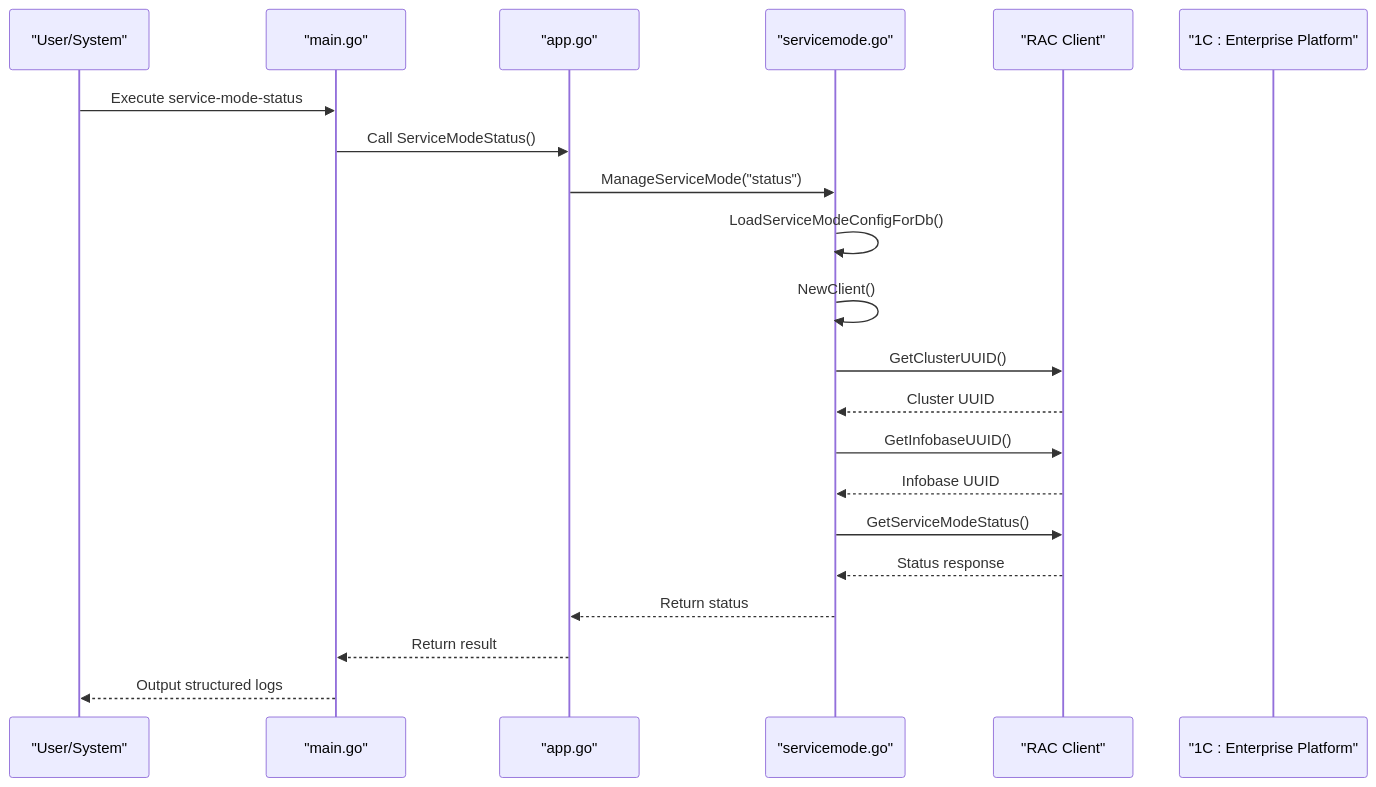
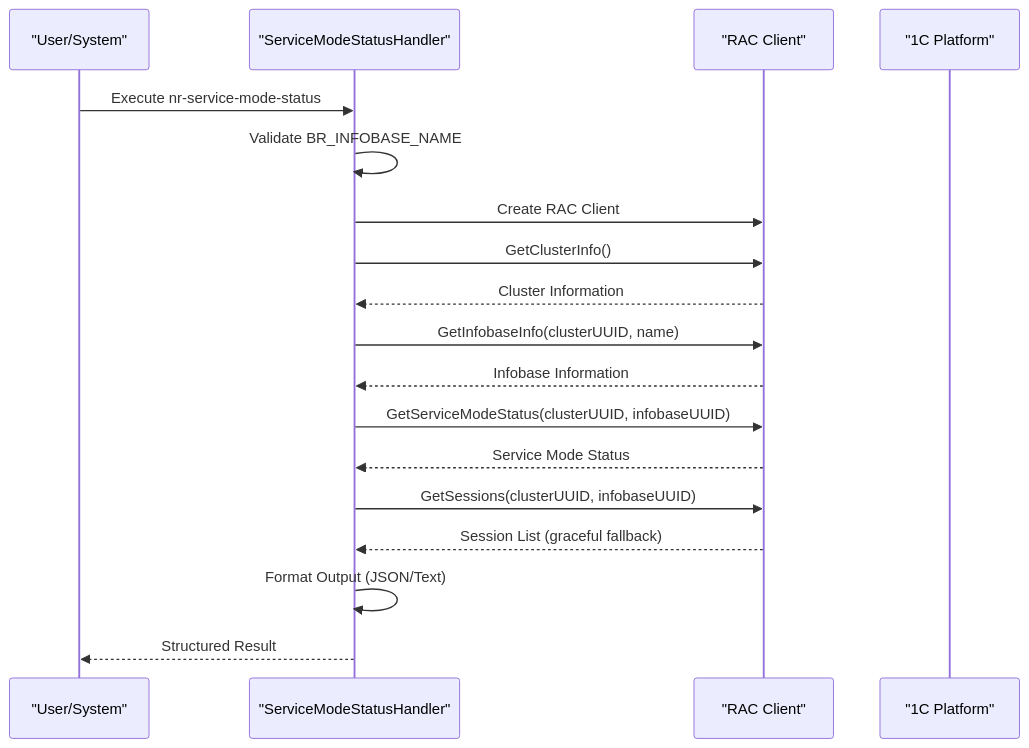
Before and after one commit to Kargones/apk-ci: the first of 2 diagrams in .qoder/repowiki/en/content/Command Reference/Service Mode Commands/Check Service Mode Status.md, drawn with Mermaid. The commit also changed other lines of this file and 2036 other files, not shown here.

````diff
--- a/.qoder/repowiki/en/content/Command Reference/Service Mode Commands/Check Service Mode Status.md
+++ b/.qoder/repowiki/en/content/Command Reference/Service Mode Commands/Check Service Mode Status.md
@@ -41,23 +58,20 @@
 ```mermaid
 sequenceDiagram
 participant User as "User/System"
-participant Main as "main.go"
-participant App as "app.go"
-participant ServiceMode as "servicemode.go"
+participant Handler as "ServiceModeStatusHandler"
 participant RAC as "RAC Client"
-participant 1C as "1C : Enterprise Platform"
-User->>Main : Execute service-mode-status
-Main->>App : Call ServiceModeStatus()
-App->>ServiceMode : ManageServiceMode("status")
-ServiceMode->>ServiceMode : LoadServiceModeConfigForDb()
-ServiceMode->>ServiceMode : NewClient()
-ServiceMode->>RAC : GetClusterUUID()
-RAC-->>ServiceMode : Cluster UUID
-ServiceMode->>RAC : GetInfobaseUUID()
-RAC-->>ServiceMode : Infobase UUID
-ServiceMode->>RAC : GetServiceModeStatus()
-RAC-->>ServiceMode : Status response
-ServiceMode-->>App : Return status
-App-->>Main : Return result
-Main-->>User : Output structured logs
+participant 1C as "1C Platform"
+User->>Handler : Execute nr-service-mode-status
+Handler->>Handler : Validate BR_INFOBASE_NAME
+Handler->>RAC : Create RAC Client
+Handler->>RAC : GetClusterInfo()
+RAC-->>Handler : Cluster Information
+Handler->>RAC : GetInfobaseInfo(clusterUUID, name)
+RAC-->>Handler : Infobase Information
+Handler->>RAC : GetServiceModeStatus(clusterUUID, infobaseUUID)
+RAC-->>Handler : Service Mode Status
+Handler->>RAC : GetSessions(clusterUUID, infobaseUUID)
+RAC-->>Handler : Session List (graceful fallback)
+Handler->>Handler : Format Output (JSON/Text)
+Handler-->>User : Structured Result
 ```
````
